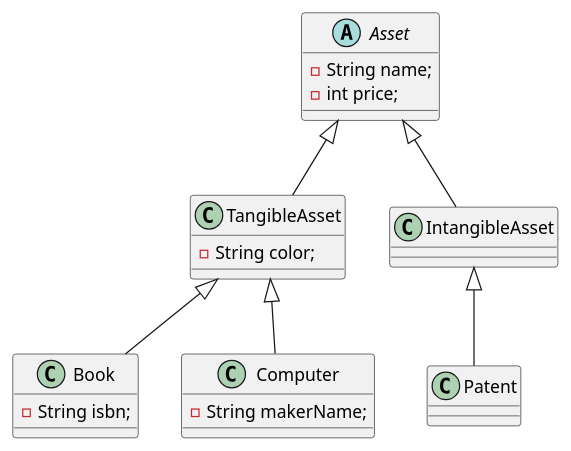
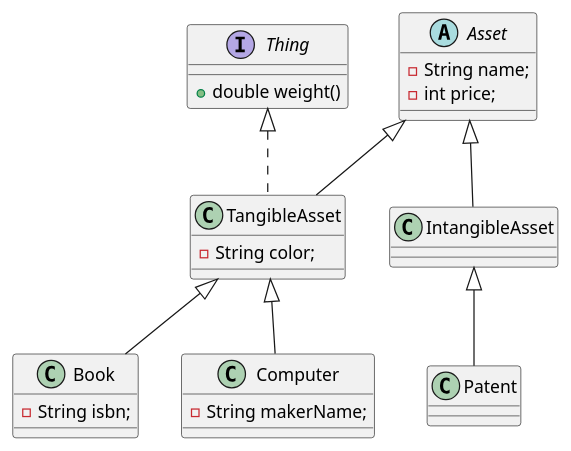
The diagram in src/main/java/com/survivalcoding/TangibleAsset.puml (SurvivalCodingCampus/polytech_java_study), drawn with PlantUML before and after one commit. The commit also changed 5 other files, not shown here.

Commit message:
feat: interface Thing정의와 상위 클래스에서 implements (연습문제3)

```diff
--- a/src/main/java/com/survivalcoding/TangibleAsset.puml
+++ b/src/main/java/com/survivalcoding/TangibleAsset.puml
@@ -1,27 +1,31 @@
 @startuml
 'https://plantuml.com/class-diagram
+
+interface Thing {
++double weight()
+}
 
 abstract class Asset {
 -String name;
 -int price;
 }
 
-class TangibleAsset extends Asset {
+class TangibleAsset extends Asset implements Thing {
 -String color;
 }
 
 class IntangibleAsset extends Asset {
 }
 
 class Book extends TangibleAsset {
 -String isbn;
 }
 
 class Computer extends TangibleAsset {
 -String makerName;
 }
 
 class Patent extends IntangibleAsset {
 }
 
 @enduml
```
